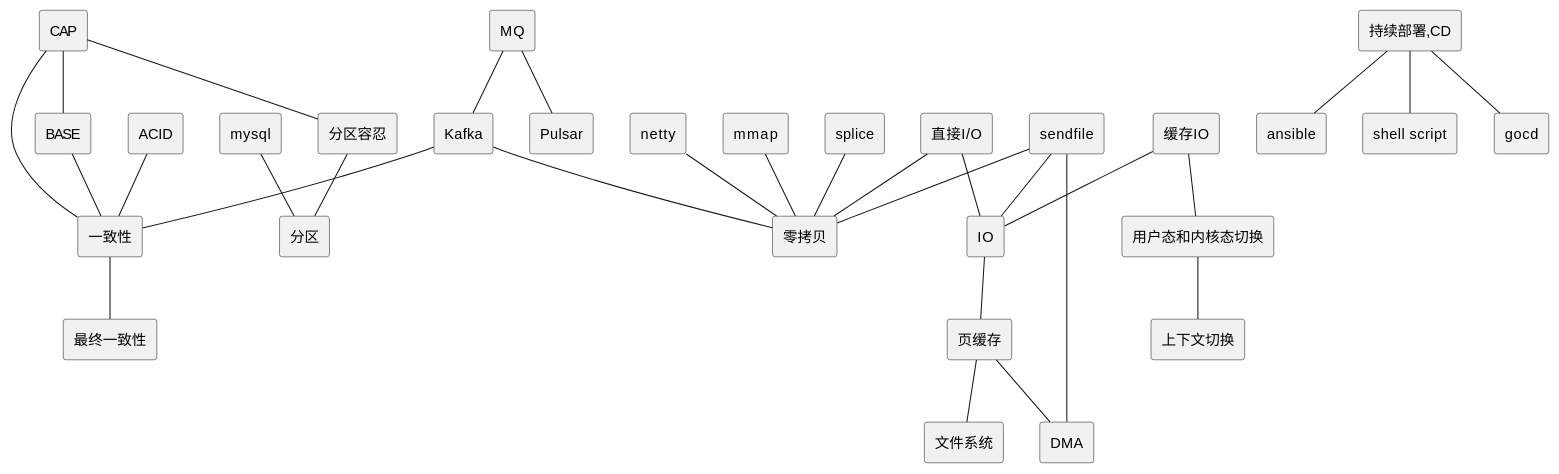
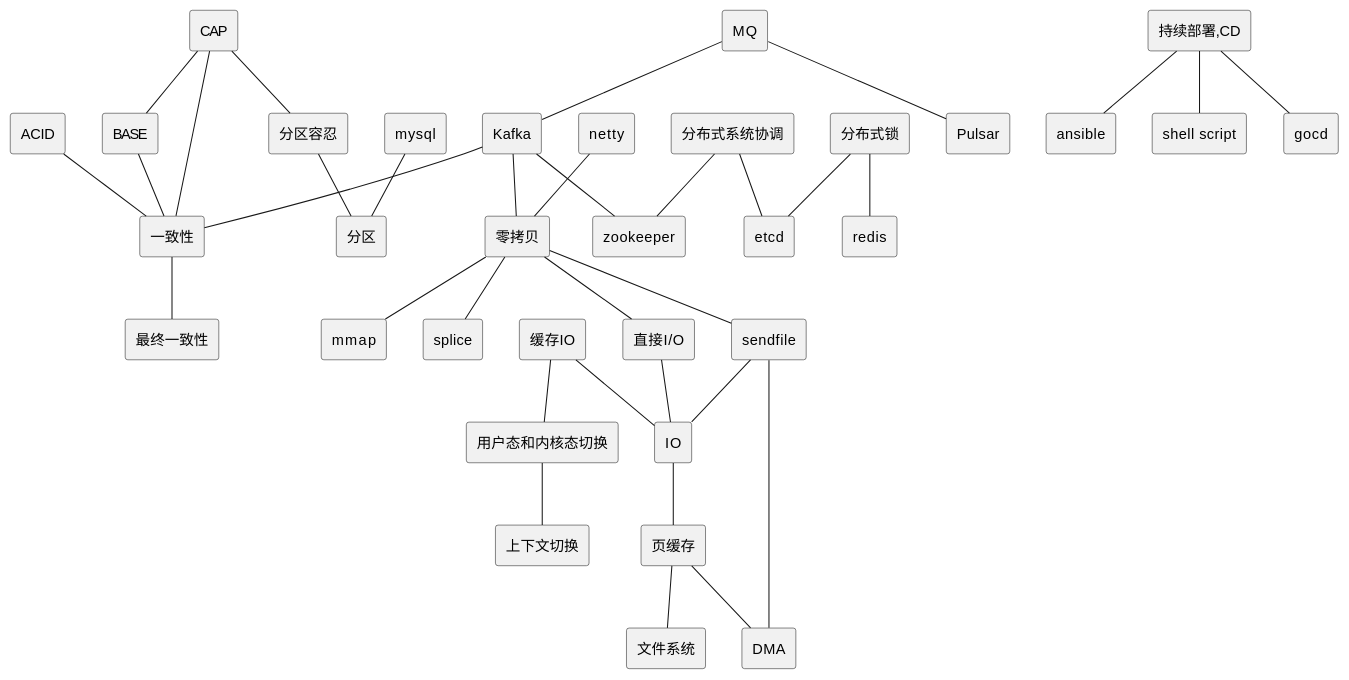
One commit to wiloon/blog changed the diagram in content/post/archive-1/2015-08-06-dev-env.md. Above: the diagram before and after it, drawn with PlantUML. The commit also changed 3 other files, not shown here.

````diff
--- a/content/post/archive-1/2015-08-06-dev-env.md
+++ b/content/post/archive-1/2015-08-06-dev-env.md
@@ -93,63 +93,73 @@
 ```puml
 @startuml
 skinparam componentStyle rectangle
 
 [Kafka] as kafka
 [一致性] as consistency
 [最终一致性] as eventual_consistency
 [CAP] as cap
 [BASE] as base
 [分区容忍] as partition_tolerance
 [分区] as partition
 [mysql]
 [ACID] as acid
 [MQ] as mq
 [Pulsar] as pulsar
 [netty]
 [零拷贝] as zero_copy
 [IO] as io
 [缓存IO] as buffered_io
 [页缓存] as page_cache
 [sendfile] as sendfile
 [DMA] as dma
 [文件系统] as file_system
 [直接I/O] as direct_io
 [mmap]
 [splice]
 [用户态和内核态切换] as user_kernal_switch
 [上下文切换] as context_switch
 [持续部署,CD] as cd
 [ansible]
 [shell script] as shell
 [gocd]
+[zookeeper]
+[分布式系统协调] as coordinate
+[etcd]
+[分布式锁] as lockd
+[redis]
 kafka--consistency
 cap--base
 cap--consistency
 partition_tolerance--partition
 mysql--partition
 consistency--eventual_consistency
 acid--consistency
 base--consistency
 cap--partition_tolerance
 mq--kafka
 mq--pulsar
 kafka--zero_copy
 netty--zero_copy
 io--page_cache
 buffered_io--io
 sendfile--io
 page_cache--dma
 page_cache--file_system
 direct_io--io
-direct_io--zero_copy
-mmap--zero_copy
-sendfile--zero_copy
-splice--zero_copy
+zero_copy--direct_io
+zero_copy--mmap
+zero_copy--sendfile
+zero_copy--splice
 sendfile--dma
 buffered_io--user_kernal_switch
 user_kernal_switch--context_switch
 cd--ansible
 cd--shell
 cd--gocd
+kafka--zookeeper
+coordinate--zookeeper
+coordinate--etcd
+lockd--redis
+lockd--etcd
 @enduml
 ```
````
